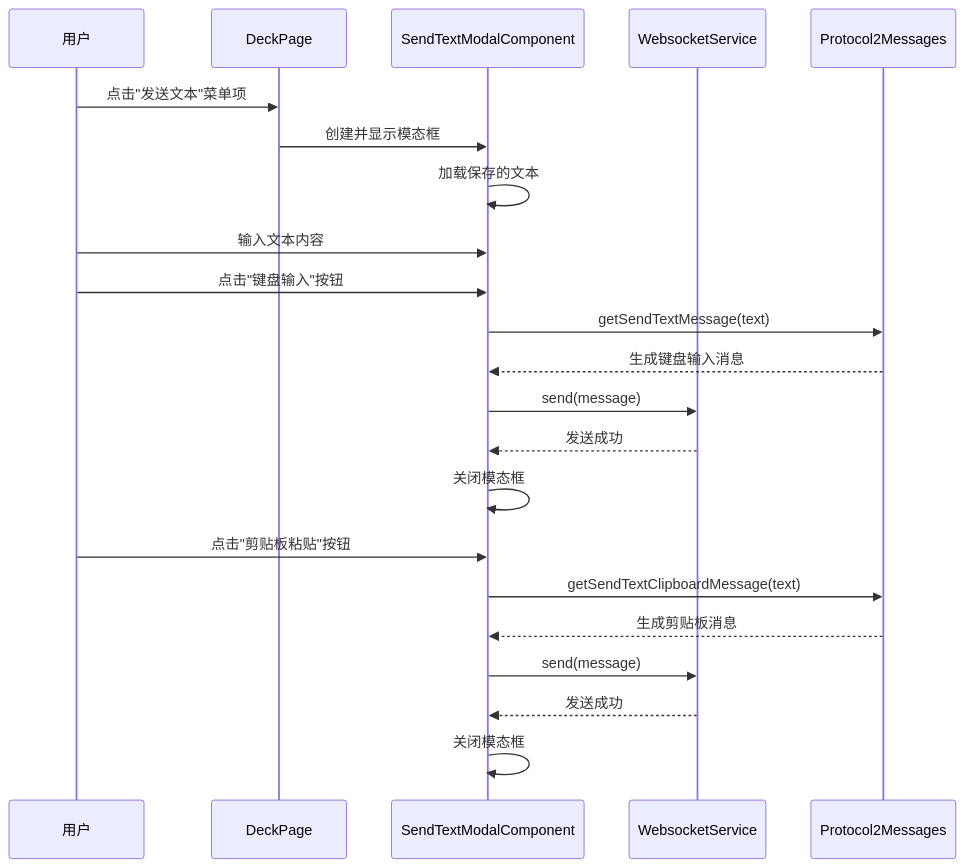
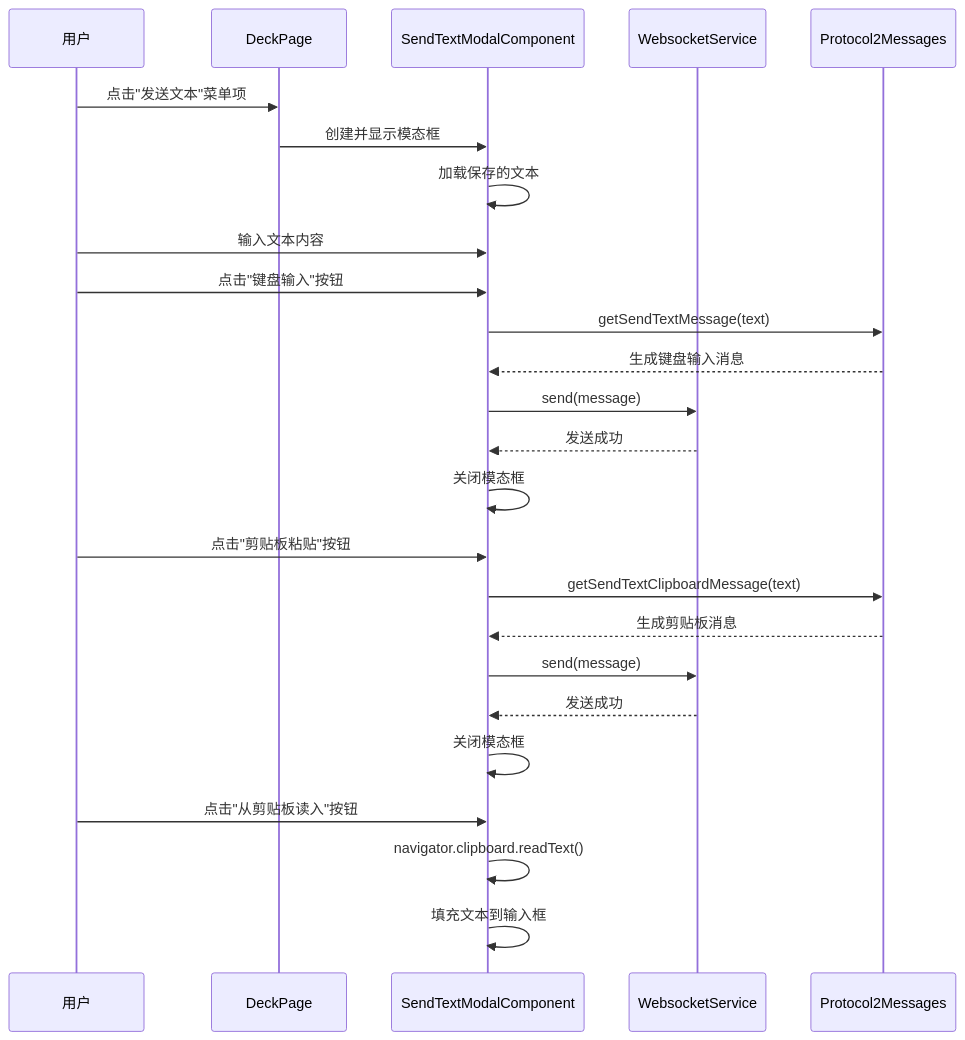
The ninth of 13 diagrams in .qoder/repowiki/zh/content/核心功能模块/国际化系统.md (tea4go/Macro-Deck-Client-App), drawn with Mermaid before and after one commit. The commit also changed other lines of this file and 39 other files, not shown here.

````diff
--- a/.qoder/repowiki/zh/content/核心功能模块/国际化系统.md
+++ b/.qoder/repowiki/zh/content/核心功能模块/国际化系统.md
@@ -463,24 +481,27 @@
 ```mermaid
 sequenceDiagram
 participant User as 用户
 participant Menu as DeckPage
 participant Modal as SendTextModalComponent
 participant WS as WebsocketService
 participant Proto as Protocol2Messages
 User->>Menu : 点击"发送文本"菜单项
 Menu->>Modal : 创建并显示模态框
 Modal->>Modal : 加载保存的文本
 User->>Modal : 输入文本内容
 User->>Modal : 点击"键盘输入"按钮
 Modal->>Proto : getSendTextMessage(text)
 Proto-->>Modal : 生成键盘输入消息
 Modal->>WS : send(message)
 WS-->>Modal : 发送成功
 Modal->>Modal : 关闭模态框
 User->>Modal : 点击"剪贴板粘贴"按钮
 Modal->>Proto : getSendTextClipboardMessage(text)
 Proto-->>Modal : 生成剪贴板消息
 Modal->>WS : send(message)
 WS-->>Modal : 发送成功
 Modal->>Modal : 关闭模态框
+User->>Modal : 点击"从剪贴板读入"按钮
+Modal->>Modal : navigator.clipboard.readText()
+Modal->>Modal : 填充文本到输入框
 ```
````
